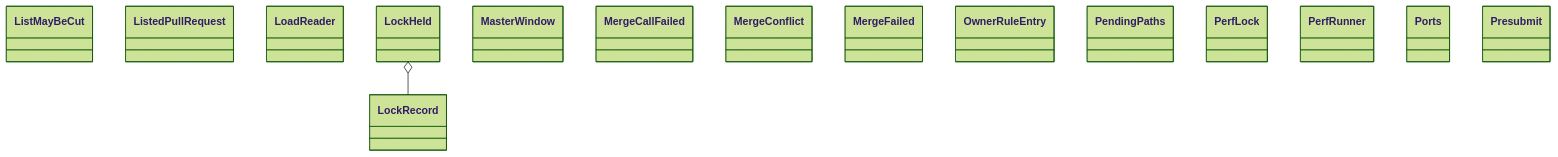
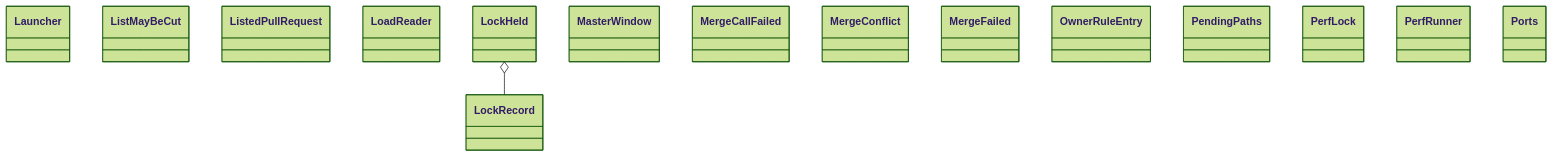
Before and after one commit to GonzaloZevallos/agentic-system: the diagram in docs/architecture/generated/classes-process-application-support-4.md, drawn with Mermaid (forest theme). The commit also changed 8 other files, not shown here.

````diff
--- a/docs/architecture/generated/classes-process-application-support-4.md
+++ b/docs/architecture/generated/classes-process-application-support-4.md
@@ -20,19 +20,19 @@
 ```mermaid
 classDiagram
+    class ports__Launcher["Launcher"]
     class ports__ListMayBeCut["ListMayBeCut"]
     class ports__ListedPullRequest["ListedPullRequest"]
     class ports__LoadReader["LoadReader"]
     class ports__LockHeld["LockHeld"]
     class ports__LockRecord["LockRecord"]
     class ports__MasterWindow["MasterWindow"]
     class ports__MergeCallFailed["MergeCallFailed"]
     class ports__MergeConflict["MergeConflict"]
     class ports__MergeFailed["MergeFailed"]
     class ports__OwnerRuleEntry["OwnerRuleEntry"]
     class ports__PendingPaths["PendingPaths"]
     class ports__PerfLock["PerfLock"]
     class ports__PerfRunner["PerfRunner"]
     class ports__Ports["Ports"]
-    class ports__Presubmit["Presubmit"]
     ports__LockHeld o-- ports__LockRecord
 ```
````
